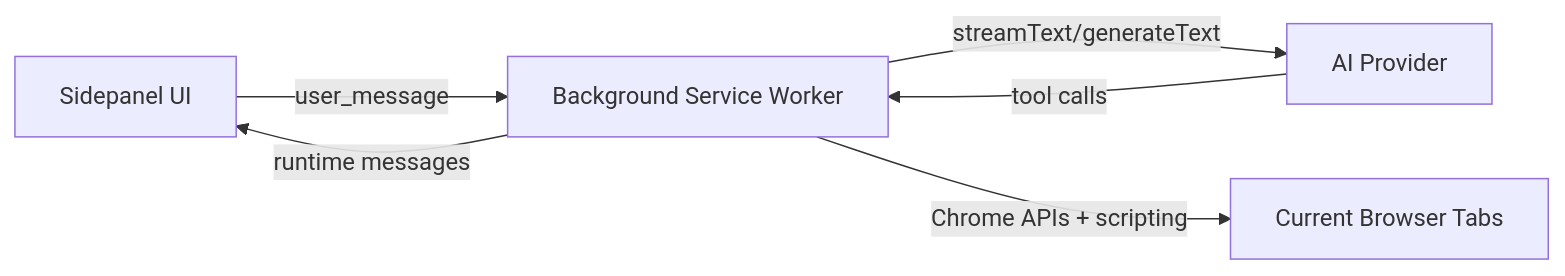
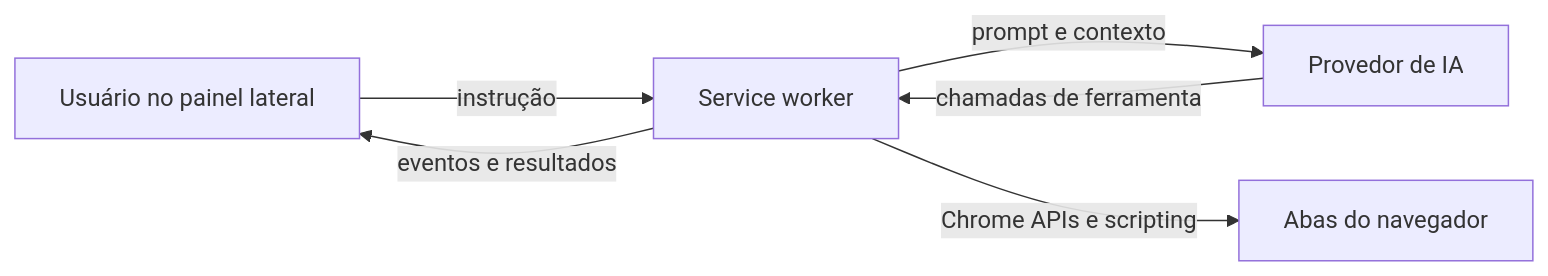
Before and after one commit to Emansecio/Glide: the diagram in README.md, drawn with Mermaid. The commit also changed other lines of this file and 3 other files, not shown here.

````diff
--- a/README.md
+++ b/README.md
@@ -32,8 +36,8 @@
 ```mermaid
 flowchart LR
-  UI[Sidepanel UI] -->|user_message| BG[Background Service Worker]
-  BG -->|streamText/generateText| LLM[AI Provider]
-  LLM -->|tool calls| BG
-  BG -->|Chrome APIs + scripting| WEB[Current Browser Tabs]
-  BG -->|runtime messages| UI
+  U[Usuário no painel lateral] -->|instrução| S[Service worker]
+  S -->|prompt e contexto| M[Provedor de IA]
+  M -->|chamadas de ferramenta| S
+  S -->|Chrome APIs e scripting| T[Abas do navegador]
+  S -->|eventos e resultados| U
 ```
````
